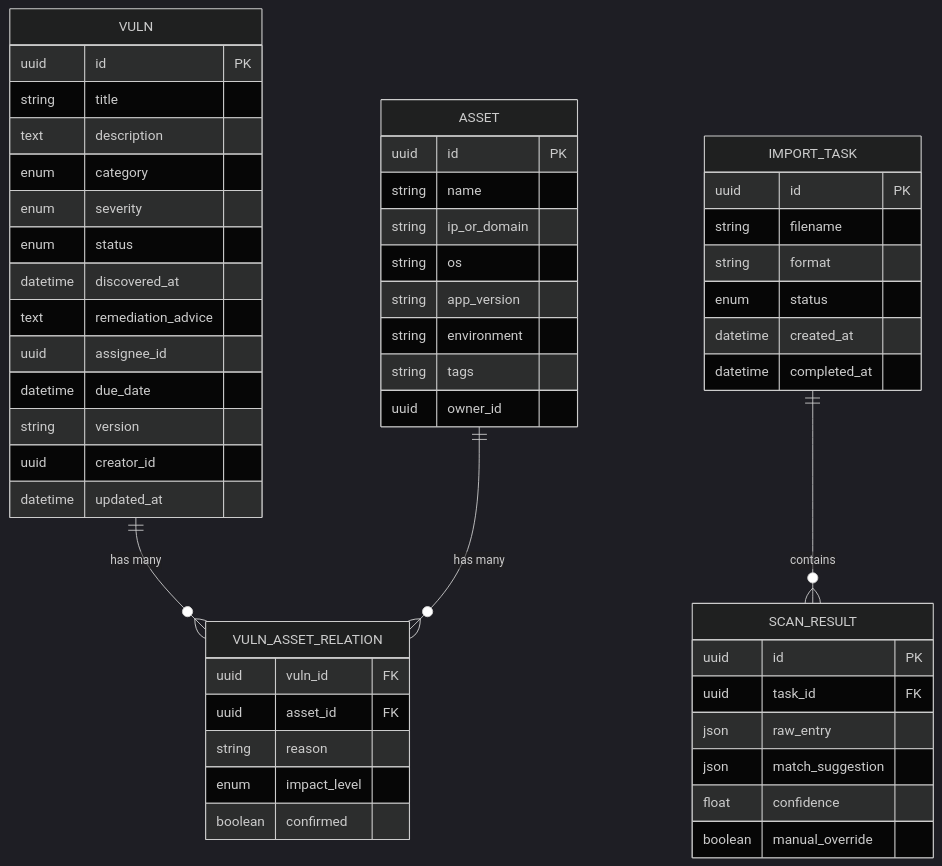
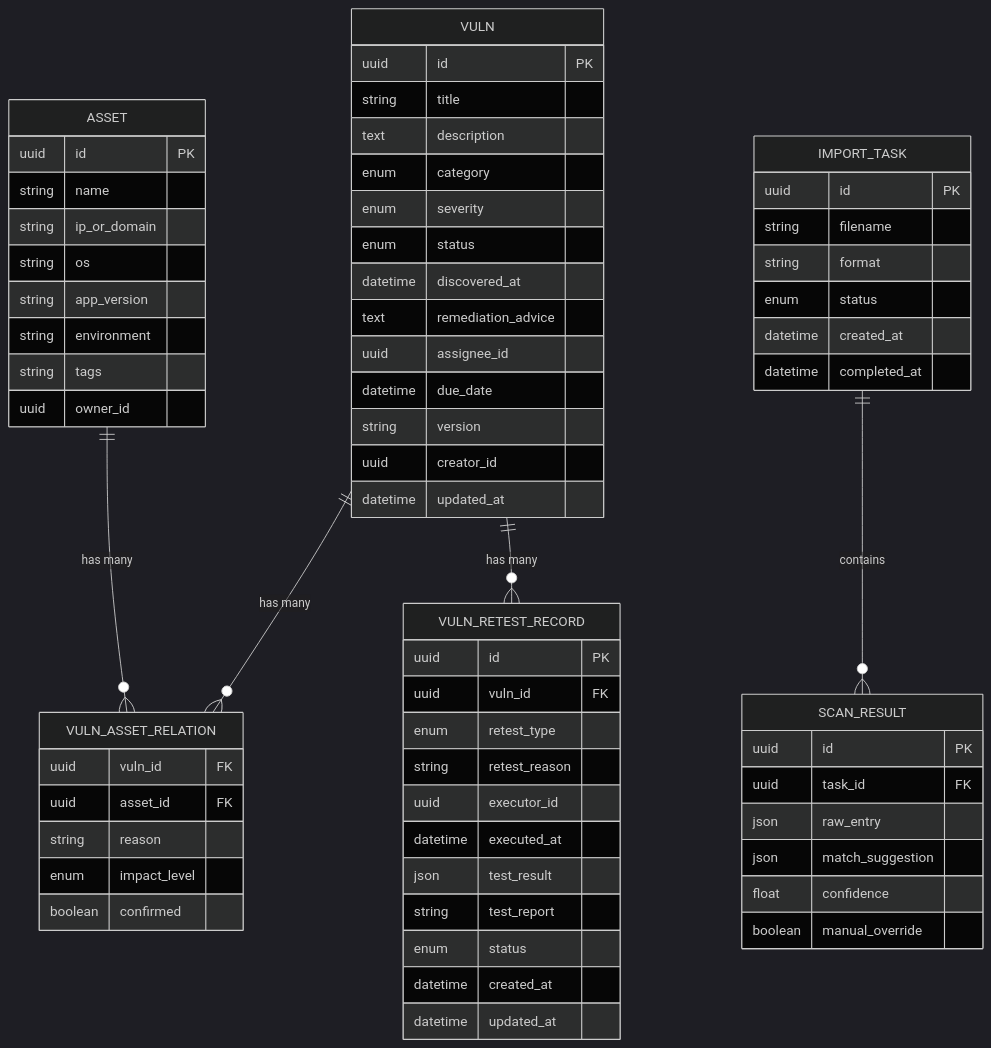
The sixth of 7 diagrams in .qoder/repowiki/zh/content/后端API文档/漏洞管理API.md (vu1Art1st/talos), drawn with Mermaid (dark theme) before and after one commit. The commit also changed other lines of this file and 129 other files, not shown here.

````diff
--- a/.qoder/repowiki/zh/content/后端API文档/漏洞管理API.md
+++ b/.qoder/repowiki/zh/content/后端API文档/漏洞管理API.md
@@ -298,54 +334,68 @@
 ```mermaid
 erDiagram
 VULN {
 uuid id PK
 string title
 text description
 enum category
 enum severity
 enum status
 datetime discovered_at
 text remediation_advice
 uuid assignee_id
 datetime due_date
 string version
 uuid creator_id
 datetime updated_at
 }
 ASSET {
 uuid id PK
 string name
 string ip_or_domain
 string os
 string app_version
 string environment
 string tags
 uuid owner_id
 }
 VULN_ASSET_RELATION {
 uuid vuln_id FK
 uuid asset_id FK
 string reason
 enum impact_level
 boolean confirmed
 }
 IMPORT_TASK {
 uuid id PK
 string filename
 string format
 enum status
 datetime created_at
 datetime completed_at
 }
 SCAN_RESULT {
 uuid id PK
 uuid task_id FK
 json raw_entry
 json match_suggestion
 float confidence
 boolean manual_override
 }
+VULN_RETEST_RECORD {
+uuid id PK
+uuid vuln_id FK
+enum retest_type
+string retest_reason
+uuid executor_id
+datetime executed_at
+json test_result
+string test_report
+enum status
+datetime created_at
+datetime updated_at
+}
 VULN ||--o{ VULN_ASSET_RELATION : "has many"
 ASSET ||--o{ VULN_ASSET_RELATION : "has many"
 IMPORT_TASK ||--o{ SCAN_RESULT : "contains"
+VULN ||--o{ VULN_RETEST_RECORD : "has many"
 ```
````
